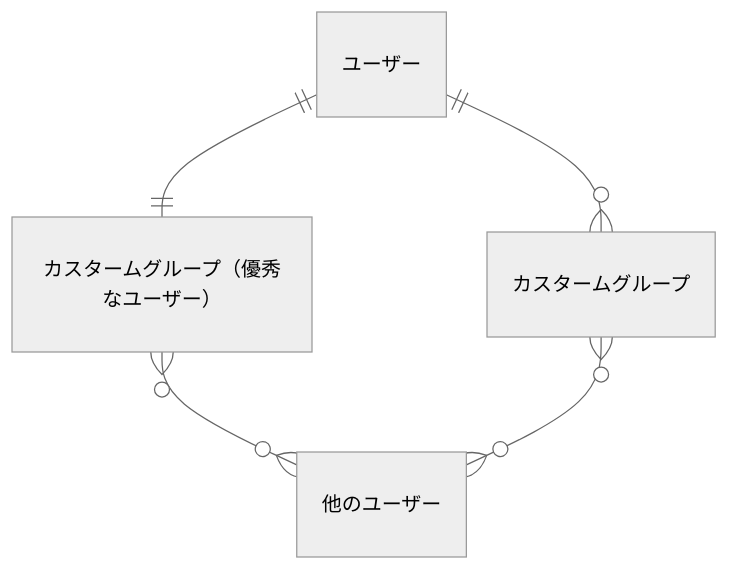
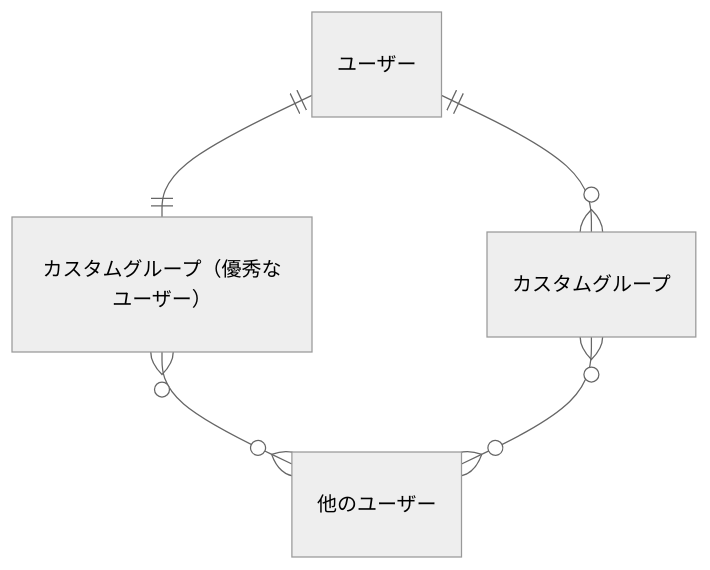
One commit to bright-org/bright changed diagram 11 of 11 in docs/conceptual_schemas/users.md. Above: the diagram before and after it, drawn with Mermaid (neutral theme). The commit also changed other lines of this file and 10 other files, not shown here.

````diff
--- a/docs/conceptual_schemas/users.md
+++ b/docs/conceptual_schemas/users.md
@@ -159,7 +159,7 @@
 ```mermaid
 erDiagram
-"ユーザー"||--||"カスタームグループ（優秀なユーザー）" : ""
-"カスタームグループ（優秀なユーザー）"}o--o{"他のユーザー" : ""
-"ユーザー"||--o{"カスタームグループ" : ""
-"カスタームグループ"}o--o{"他のユーザー" : ""
+"ユーザー"||--||"カスタムグループ（優秀なユーザー）" : ""
+"カスタムグループ（優秀なユーザー）"}o--o{"他のユーザー" : ""
+"ユーザー"||--o{"カスタムグループ" : ""
+"カスタムグループ"}o--o{"他のユーザー" : ""
 ```
````
